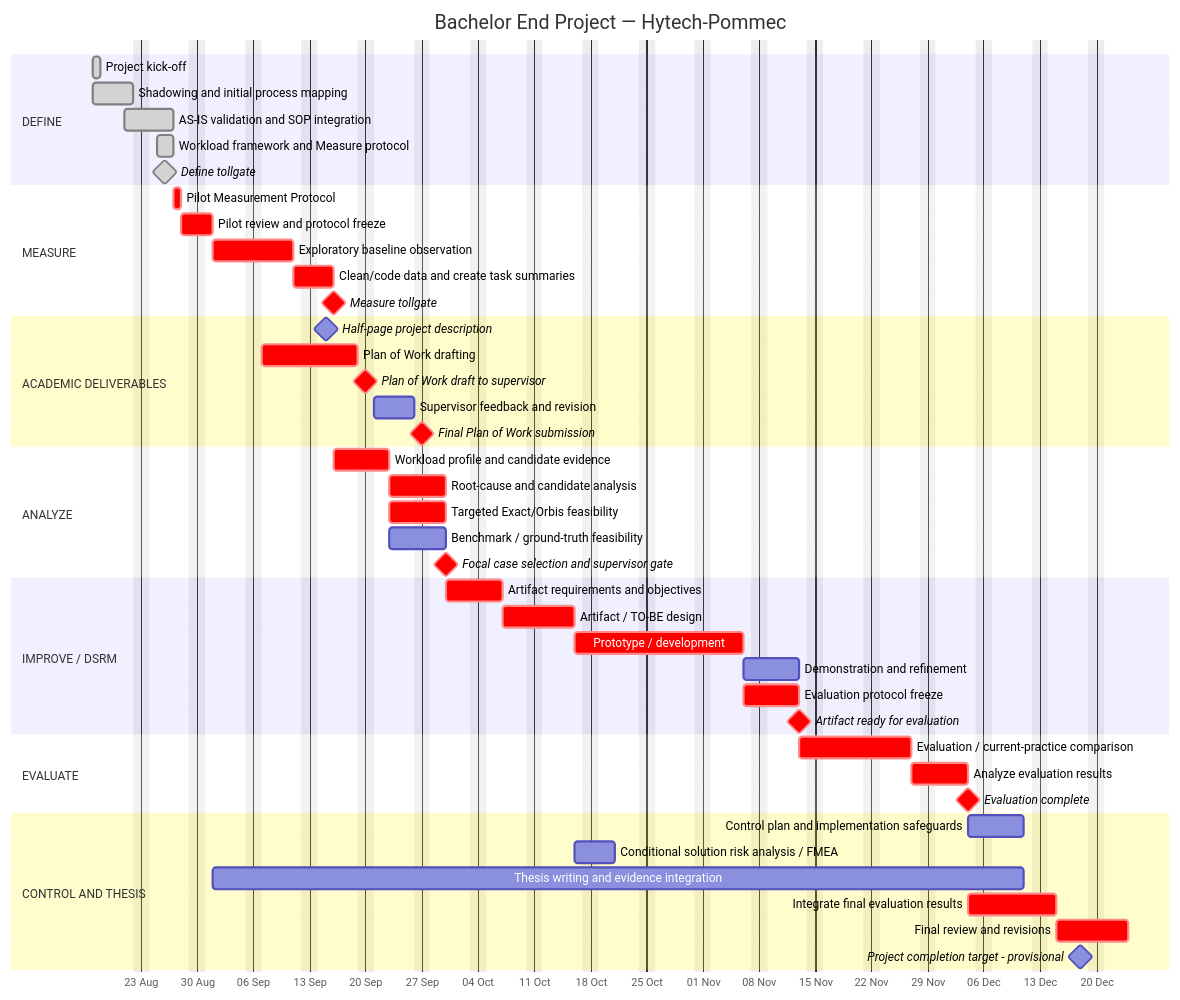
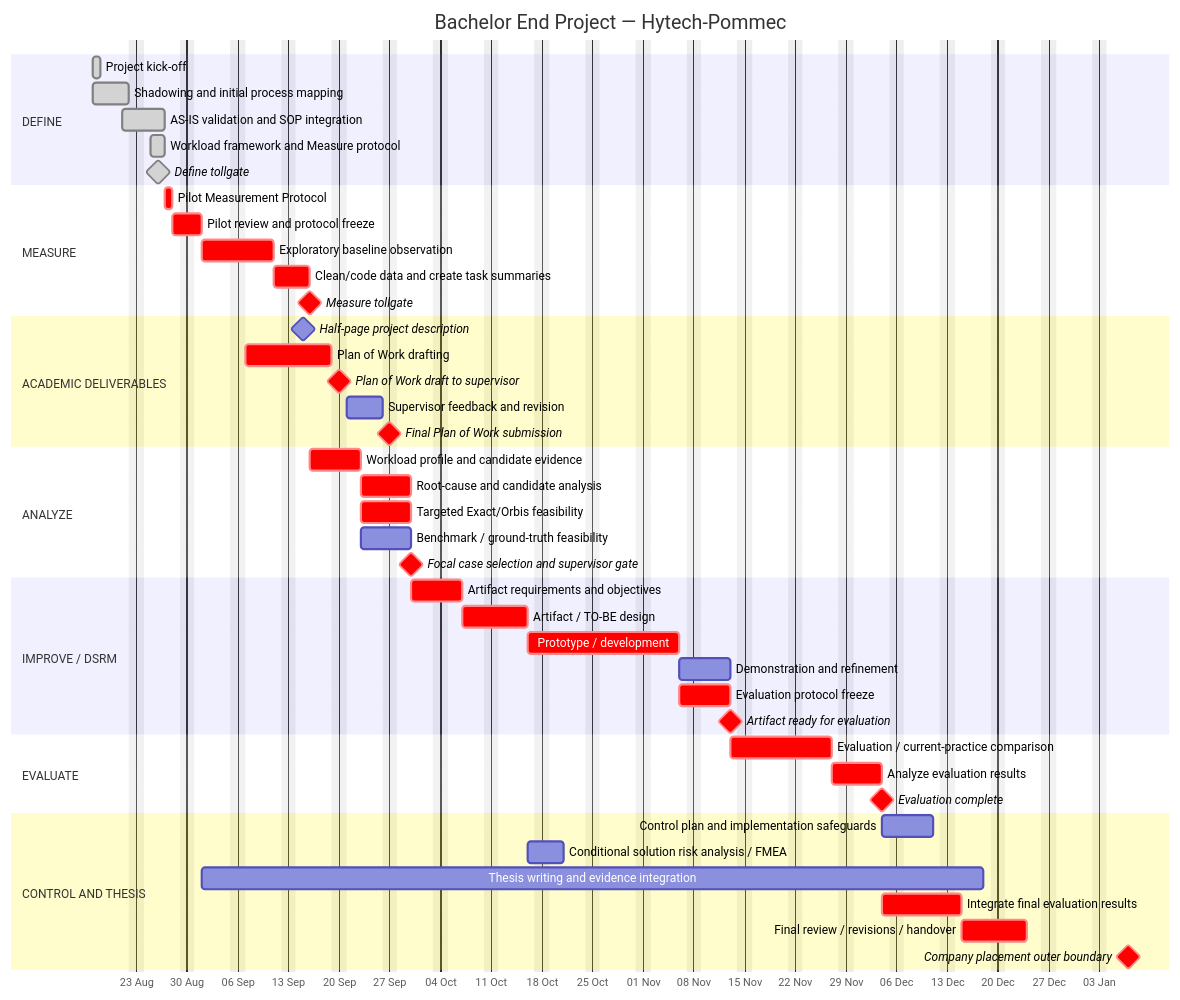
The diagram in docs/Project_Timeline.md (Luuuuuig/Bachelor-End-Project), drawn with Mermaid before and after one commit. The commit also changed other lines of this file, not shown here.

Commit message:
Align Gantt timeline with Hytech contract end

````diff
--- a/docs/Project_Timeline.md
+++ b/docs/Project_Timeline.md
@@ -23,56 +24,56 @@
 ```mermaid
 gantt
     title Bachelor End Project — Hytech-Pommec
     dateFormat  YYYY-MM-DD
     axisFormat  %d %b
     excludes    weekends
 
     section DEFINE
     Project kick-off                         :done, d1, 2026-08-17, 1d
     Shadowing and initial process mapping    :done, d2, 2026-08-17, 5d
     AS-IS validation and SOP integration     :done, d3, 2026-08-21, 4d
     Workload framework and Measure protocol  :done, d4, 2026-08-25, 2d
     Define tollgate                          :milestone, done, dm, 2026-08-26, 0d
 
     section MEASURE
     Pilot Measurement Protocol               :crit, m1, 2026-08-27, 1d
     Pilot review and protocol freeze          :crit, m2, after m1, 2d
     Exploratory baseline observation          :crit, m3, after m2, 8d
     Clean/code data and create task summaries :crit, m4, after m3, 3d
     Measure tollgate                          :milestone, crit, mm, after m4, 0d
 
     section ACADEMIC DELIVERABLES
     Half-page project description             :milestone, ad1, 2026-09-15, 0d
     Plan of Work drafting                     :crit, ad2, 2026-09-07, 10d
     Plan of Work draft to supervisor          :milestone, crit, ad3, 2026-09-20, 0d
     Supervisor feedback and revision          :ad4, 2026-09-21, 5d
     Final Plan of Work submission             :milestone, crit, ad5, 2026-09-27, 0d
 
     section ANALYZE
     Workload profile and candidate evidence   :crit, a1, after m4, 5d
     Root-cause and candidate analysis          :crit, a2, after a1, 5d
     Targeted Exact/Orbis feasibility           :crit, a3, after a1, 5d
     Benchmark / ground-truth feasibility       :a4, after a1, 5d
     Focal case selection and supervisor gate   :milestone, crit, a5, after a2 a3 a4, 0d
 
     section IMPROVE / DSRM
     Artifact requirements and objectives       :crit, i1, after a5, 5d
     Artifact / TO-BE design                    :crit, i2, after i1, 7d
     Prototype / development                    :crit, i3, after i2, 15d
     Demonstration and refinement               :i4, after i3, 5d
     Evaluation protocol freeze                 :crit, i5, after i3, 5d
     Artifact ready for evaluation              :milestone, crit, i6, after i4 i5, 0d
 
     section EVALUATE
     Evaluation / current-practice comparison   :crit, e1, after i6, 10d
     Analyze evaluation results                 :crit, e2, after e1, 5d
     Evaluation complete                        :milestone, crit, e3, after e2, 0d
 
     section CONTROL AND THESIS
     Control plan and implementation safeguards :c1, after e2, 5d
     Conditional solution risk analysis / FMEA  :c2, after i2, 3d
-    Thesis writing and evidence integration    :t1, 2026-09-01, 2026-12-11
+    Thesis writing and evidence integration    :t1, 2026-09-01, 2026-12-18
     Integrate final evaluation results         :crit, t2, after e2, 7d
-    Final review and revisions                 :crit, t3, after t2, 7d
-    Project completion target - provisional    :milestone, t4, 2026-12-18, 0d
+    Final review / revisions / handover         :crit, t3, after t2, 7d
+    Company placement outer boundary           :milestone, crit, t4, 2027-01-07, 0d
 ```
````
